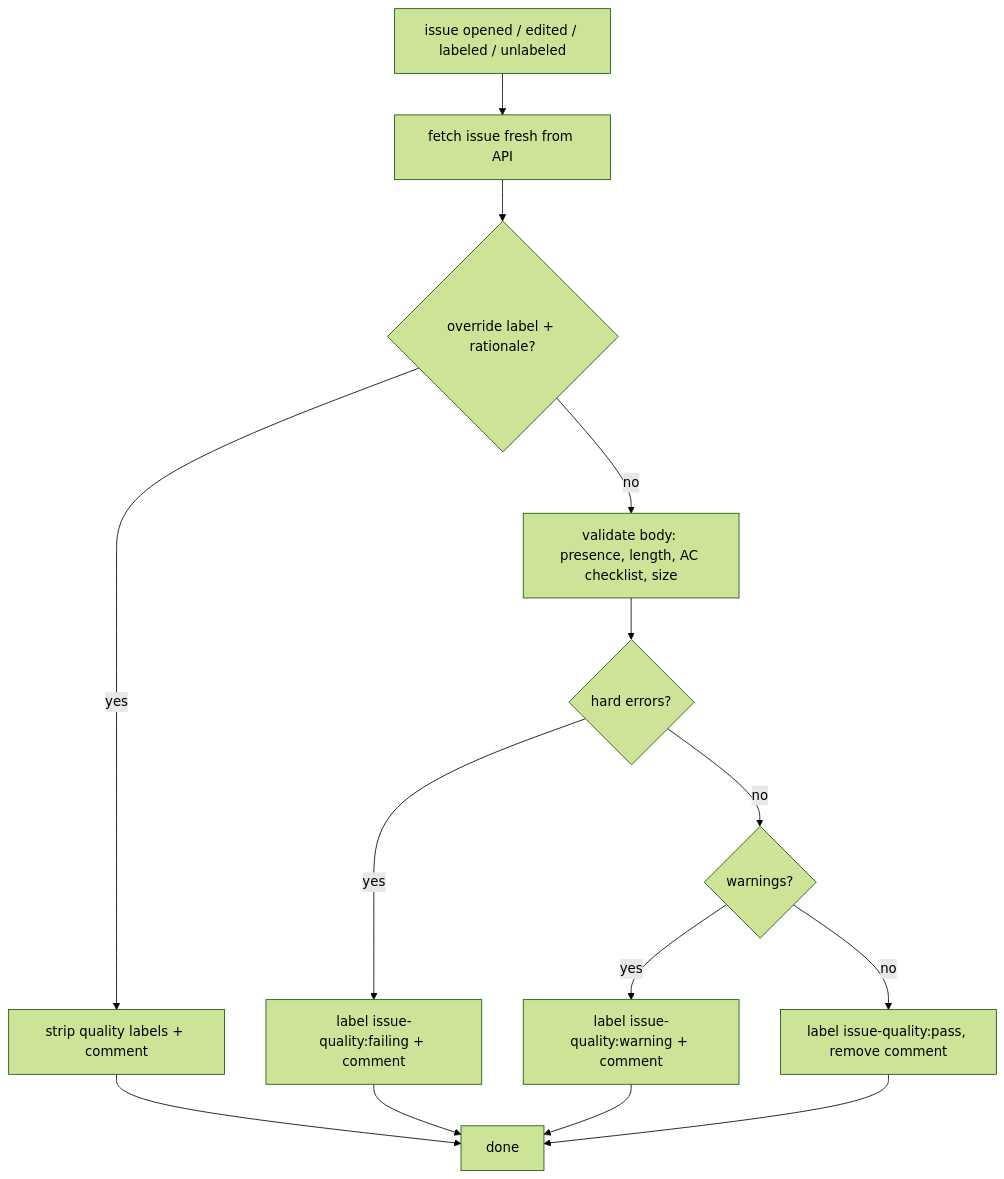
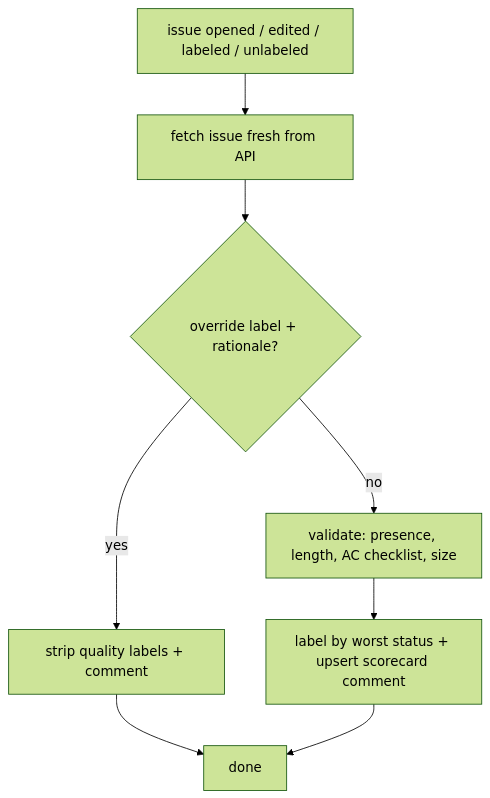
The diagram in README.md (orestes-dev/issue-quality-gate), drawn with Mermaid (forest theme) before and after one commit. The commit also changed other lines of this file and 8 other files, not shown here.

First line of the commit message:
feat: always-on per-check scorecard comment

````diff
--- a/README.md
+++ b/README.md
@@ -48,12 +113,8 @@
 ```mermaid
 flowchart TD
     A[issue opened / edited / labeled / unlabeled] --> B[fetch issue fresh from API]
     B --> C{override label + rationale?}
     C -->|yes| D[strip quality labels + comment] --> Z[done]
-    C -->|no| E[validate body: presence, length, AC checklist, size]
-    E --> F{hard errors?}
-    F -->|yes| G[label issue-quality:failing + comment] --> Z
-    F -->|no| H{warnings?}
-    H -->|yes| I[label issue-quality:warning + comment] --> Z
-    H -->|no| J[label issue-quality:pass, remove comment] --> Z
+    C -->|no| E[validate: presence, length, AC checklist, size]
+    E --> F[label by worst status + upsert scorecard comment] --> Z
 ```
````
